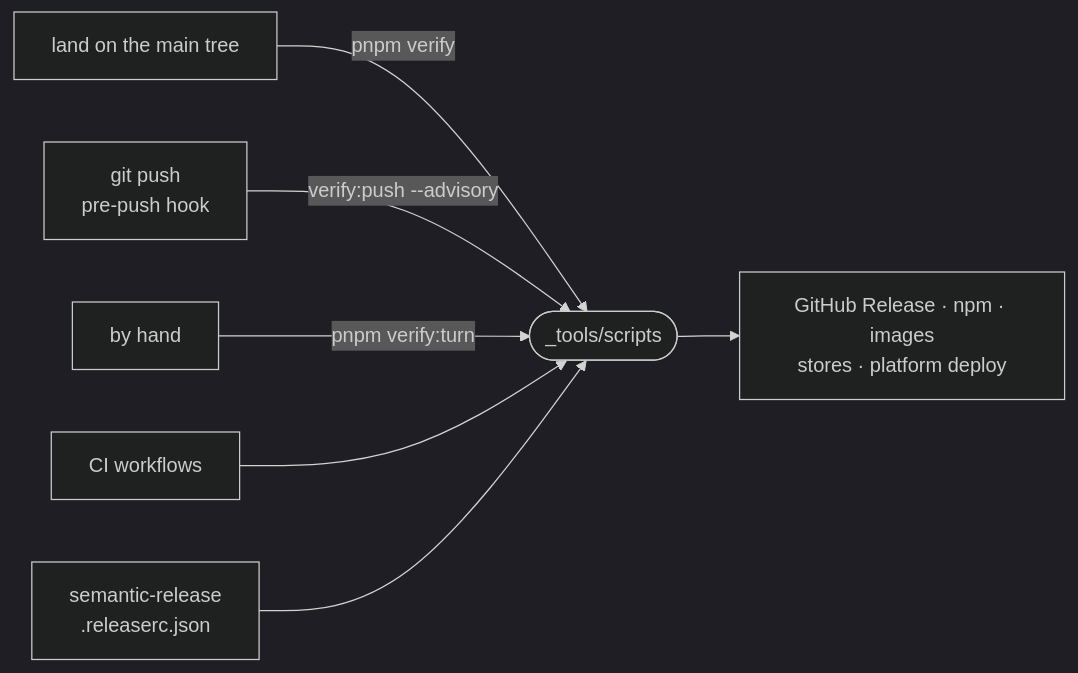
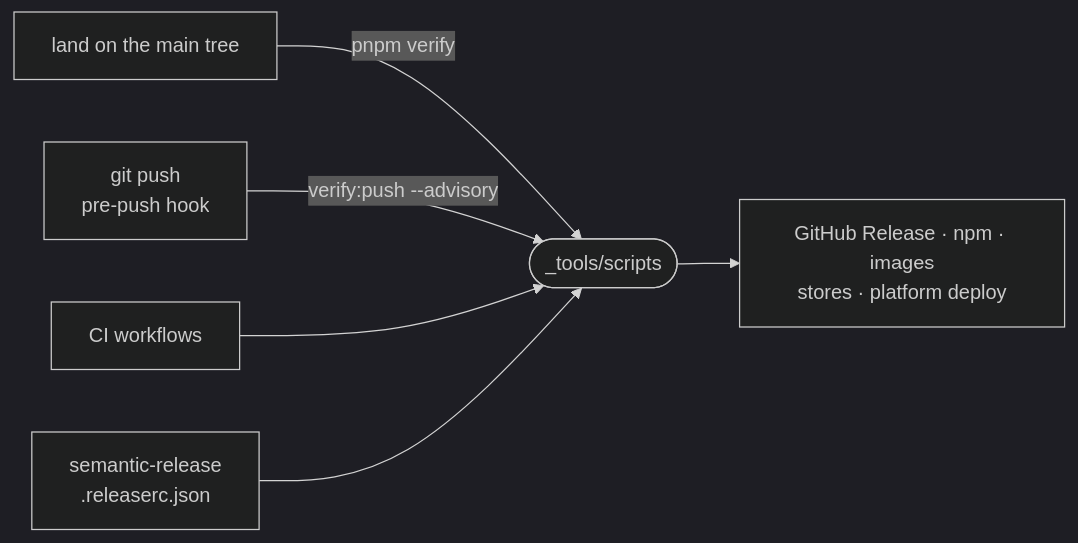
The diagram in _tools/scripts/README.md (intentic/intentic), drawn with Mermaid (dark theme) before and after one commit. The commit also changed other lines of this file and 47 other files, not shown here.

First line of the commit message:
refactor(sandbox)!: drop verify:turn and add pushFindingSource with fileRefusal

````diff
--- a/_tools/scripts/README.md
+++ b/_tools/scripts/README.md
@@ -5,9 +5,8 @@
 ```mermaid
 flowchart LR
     land["land on the main tree"] -->|"pnpm verify"| scripts(["_tools/scripts"])
     push["git push<br/>pre-push hook"] -->|"verify:push --advisory"| scripts
-    hand["by hand"] -->|"pnpm verify:turn"| scripts
     ci["CI workflows"] --> scripts
     semrel["semantic-release<br/>.releaserc.json"] --> scripts
     scripts --> out["GitHub Release · npm · images<br/>stores · platform deploy"]
 ```
````
